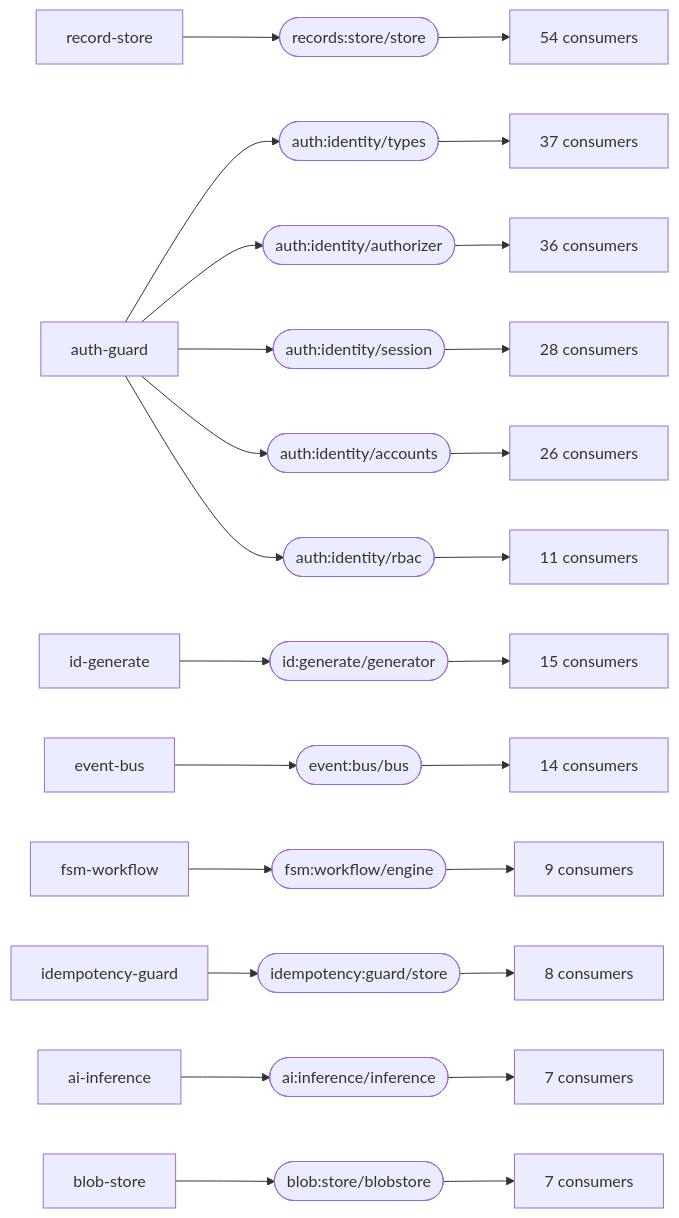
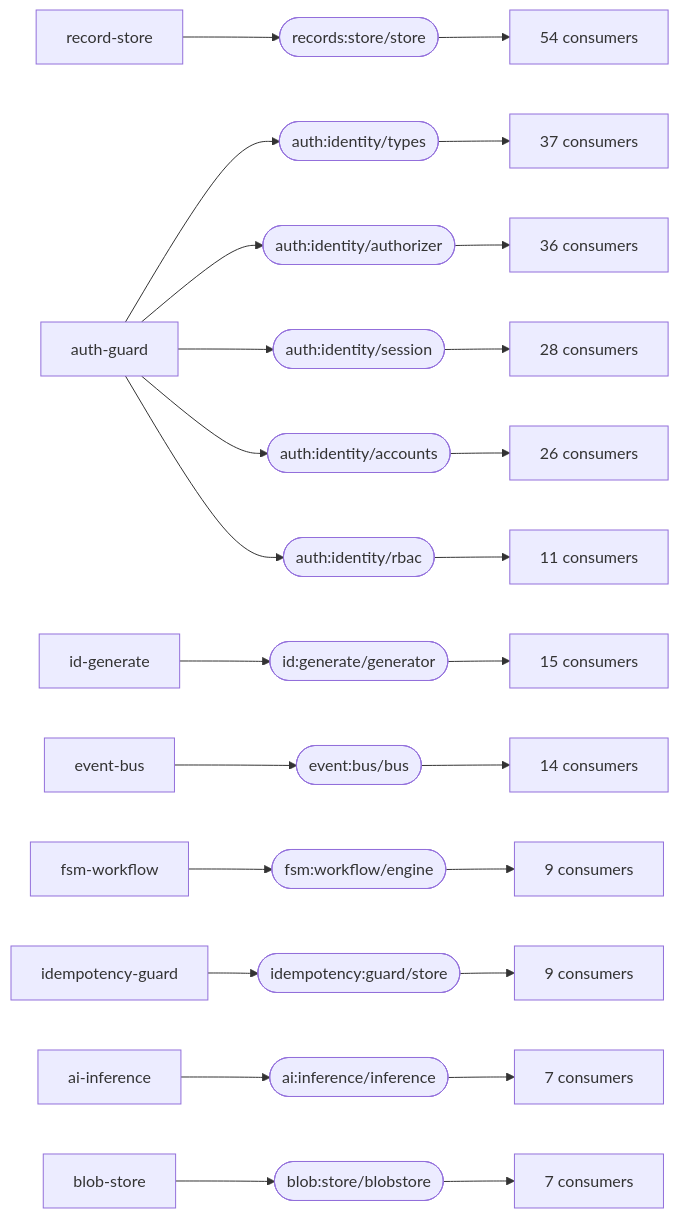
Before and after one commit to markkovari/holon: the first of 2 diagrams in docs/CAPABILITY-GRAPH.md, drawn with Mermaid. The commit also changed other lines of this file and 6 other files, not shown here.

````diff
--- a/docs/CAPABILITY-GRAPH.md
+++ b/docs/CAPABILITY-GRAPH.md
@@ -128,39 +127,39 @@
 ```mermaid
 graph LR
   records_store_store(["records:store/store"])
   record_store[record-store] --> records_store_store
   records_store_store --> many_records_store_store["54 consumers"]
   auth_identity_types(["auth:identity/types"])
   auth_guard[auth-guard] --> auth_identity_types
   auth_identity_types --> many_auth_identity_types["37 consumers"]
   auth_identity_authorizer(["auth:identity/authorizer"])
   auth_guard[auth-guard] --> auth_identity_authorizer
   auth_identity_authorizer --> many_auth_identity_authorizer["36 consumers"]
   auth_identity_session(["auth:identity/session"])
   auth_guard[auth-guard] --> auth_identity_session
   auth_identity_session --> many_auth_identity_session["28 consumers"]
   auth_identity_accounts(["auth:identity/accounts"])
   auth_guard[auth-guard] --> auth_identity_accounts
   auth_identity_accounts --> many_auth_identity_accounts["26 consumers"]
   id_generate_generator(["id:generate/generator"])
   id_generate[id-generate] --> id_generate_generator
   id_generate_generator --> many_id_generate_generator["15 consumers"]
   event_bus_bus(["event:bus/bus"])
   event_bus[event-bus] --> event_bus_bus
   event_bus_bus --> many_event_bus_bus["14 consumers"]
   auth_identity_rbac(["auth:identity/rbac"])
   auth_guard[auth-guard] --> auth_identity_rbac
   auth_identity_rbac --> many_auth_identity_rbac["11 consumers"]
   fsm_workflow_engine(["fsm:workflow/engine"])
   fsm_workflow[fsm-workflow] --> fsm_workflow_engine
   fsm_workflow_engine --> many_fsm_workflow_engine["9 consumers"]
   idempotency_guard_store(["idempotency:guard/store"])
   idempotency_guard[idempotency-guard] --> idempotency_guard_store
-  idempotency_guard_store --> many_idempotency_guard_store["8 consumers"]
+  idempotency_guard_store --> many_idempotency_guard_store["9 consumers"]
   ai_inference_inference(["ai:inference/inference"])
   ai_inference[ai-inference] --> ai_inference_inference
   ai_inference_inference --> many_ai_inference_inference["7 consumers"]
   blob_store_blobstore(["blob:store/blobstore"])
   blob_store[blob-store] --> blob_store_blobstore
   blob_store_blobstore --> many_blob_store_blobstore["7 consumers"]
 ```
````
